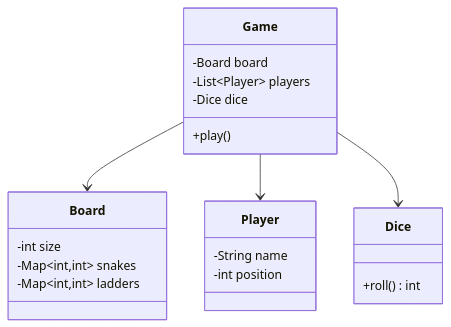
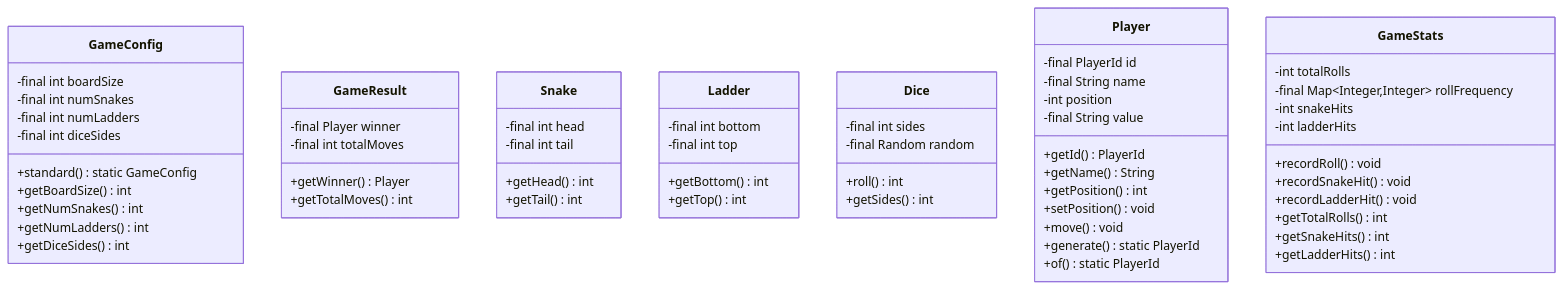
One commit to dlkr18/lld-playbook changed the diagram in docs/problems/snakeandladder/README.md. Above: the diagram before and after it, drawn with Mermaid. The commit also changed 131 other files, not shown here.

First line of the commit message:
feat: regenerate all class diagrams with comprehensive Java-based models

````diff
--- a/docs/problems/snakeandladder/README.md
+++ b/docs/problems/snakeandladder/README.md
@@ -58,24 +58,70 @@
 ```mermaid
 classDiagram
-    class Board {
-        -int size
-        -Map~int,int~ snakes
-        -Map~int,int~ ladders
+
+    class GameConfig {
+        -final int boardSize
+        -final int numSnakes
+        -final int numLadders
+        -final int diceSides
+        +standard() static GameConfig
+        +getBoardSize() int
+        +getNumSnakes() int
+        +getNumLadders() int
+        +getDiceSides() int
     }
+
+    class GameResult {
+        -final Player winner
+        -final int totalMoves
+        +getWinner() Player
+        +getTotalMoves() int
+    }
+
+    class Snake {
+        -final int head
+        -final int tail
+        +getHead() int
+        +getTail() int
+    }
+
+    class Ladder {
+        -final int bottom
+        -final int top
+        +getBottom() int
+        +getTop() int
+    }
+
+    class Dice {
+        -final int sides
+        -final Random random
+        +roll() int
+        +getSides() int
+    }
+
     class Player {
-        -String name
+        -final PlayerId id
+        -final String name
         -int position
+        -final String value
+        +getId() PlayerId
+        +getName() String
+        +getPosition() int
+        +setPosition() void
+        +move() void
+        +generate() static PlayerId
+        +of() static PlayerId
     }
-    class Dice {
-        +roll() int
+
+    class GameStats {
+        -int totalRolls
+        -final Map~Integer,Integer~ rollFrequency
+        -int snakeHits
+        -int ladderHits
+        +recordRoll() void
+        +recordSnakeHit() void
+        +recordLadderHit() void
+        +getTotalRolls() int
+        +getSnakeHits() int
+        +getLadderHits() int
     }
-    class Game {
-        -Board board
-        -List~Player~ players
-        -Dice dice
-        +play()
-    }
-    Game --> Board
-    Game --> Player
-    Game --> Dice
 ```
````
